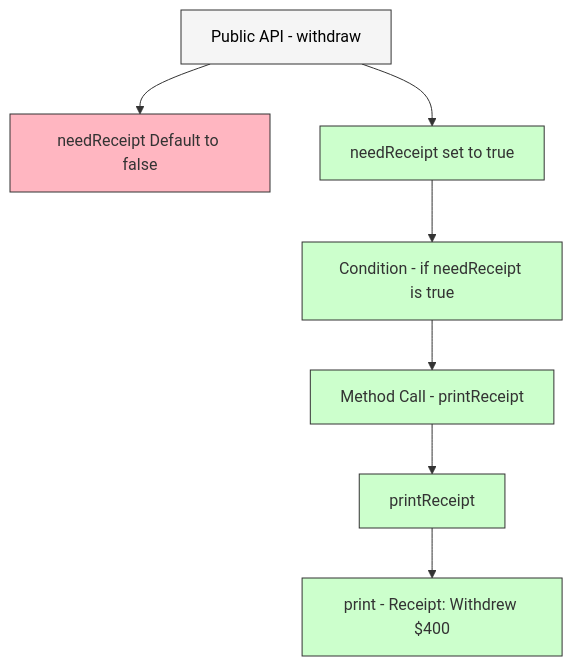
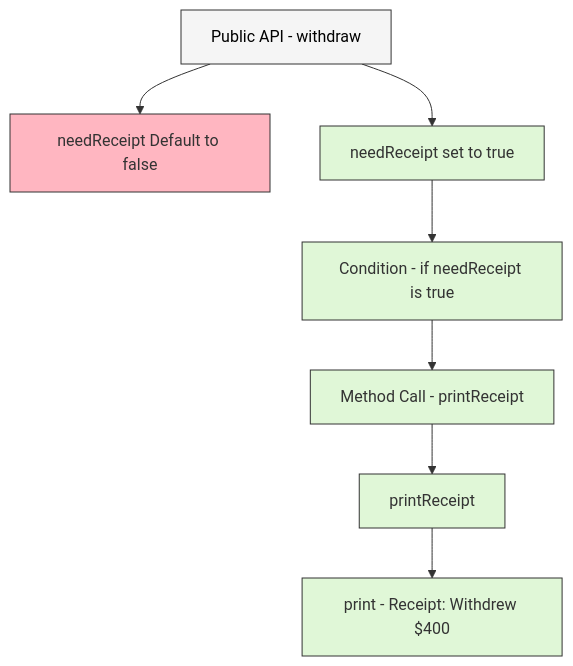
The seventh of 7 diagrams in wiki/Writing-tests-with-good-behavioural-coverage.md (oppia/oppia-android), drawn with Mermaid before and after one commit. The commit also changed other lines of this file, not shown here.

Commit message:
Common color codes for all graph illustrations

````diff
--- a/wiki/Writing-tests-with-good-behavioural-coverage.md
+++ b/wiki/Writing-tests-with-good-behavioural-coverage.md
@@ -1498,17 +1498,17 @@
 ```mermaid
 graph TD
     A[Public API - withdraw] --> B[needReceipt Default to false]
     A[Public API - withdraw] --> C[needReceipt set to true]
     C  --> D[Condition - if needReceipt is true]
     D --> E[Method Call - printReceipt]
     E --> F[printReceipt]
     F --> G[print - Receipt: Withdrew $400]
 
     style A fill:#f5f5f5,stroke:#333,stroke-width:1px, color:#000
     style B fill:#ffb6c1,stroke:#333,stroke-width:1px, color:#00
-    style C fill:#cfc,stroke:#333,stroke-width:1px
-    style D fill:#cfc,stroke:#333,stroke-width:1px
-    style E fill:#cfc,stroke:#333,stroke-width:1px
-    style F fill:#cfc,stroke:#333,stroke-width:1px
-    style G fill:#cfc,stroke:#333,stroke-width:1px
+    style C fill:#e0f7d7,stroke:#333,stroke-width:1px
+    style D fill:#e0f7d7,stroke:#333,stroke-width:1px
+    style E fill:#e0f7d7,stroke:#333,stroke-width:1px
+    style F fill:#e0f7d7,stroke:#333,stroke-width:1px
+    style G fill:#e0f7d7,stroke:#333,stroke-width:1px
 ```
````
